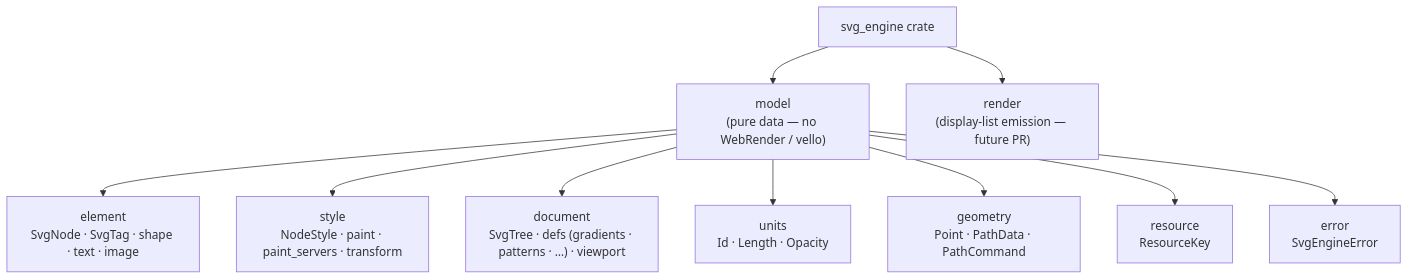
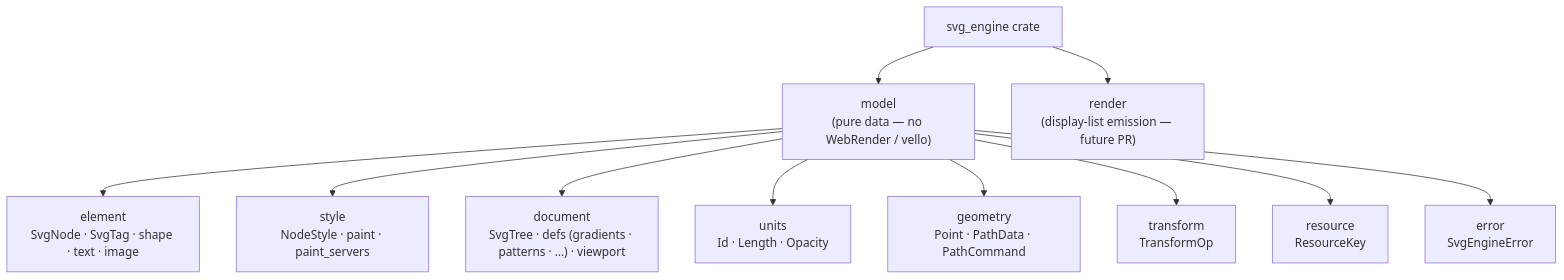
One commit to mu-mostafa98/servo changed the first of 17 diagrams in svg-engine-data-model.md. Above: the diagram before and after it, drawn with Mermaid. The commit also changed other lines of this file and 14 other files, not shown here.

````diff
--- a/svg-engine-data-model.md
+++ b/svg-engine-data-model.md
@@ -31,13 +31,14 @@
 ```mermaid
 flowchart TD
     CE["svg_engine crate"] --> M["model<br/>(pure data — no WebRender / vello)"]
     CE --> R["render<br/>(display-list emission — future PR)"]
 
     M --> E["element<br/>SvgNode · SvgTag · shape · text · image"]
-    M --> S["style<br/>NodeStyle · paint · paint_servers · transform"]
+    M --> S["style<br/>NodeStyle · paint · paint_servers"]
     M --> D["document<br/>SvgTree · defs (gradients · patterns · …) · viewport"]
     M --> U["units<br/>Id · Length · Opacity"]
     M --> G["geometry<br/>Point · PathData · PathCommand"]
+    M --> T["transform<br/>TransformOp"]
     M --> RS["resource<br/>ResourceKey"]
     M --> ER["error<br/>SvgEngineError"]
 ```
````
